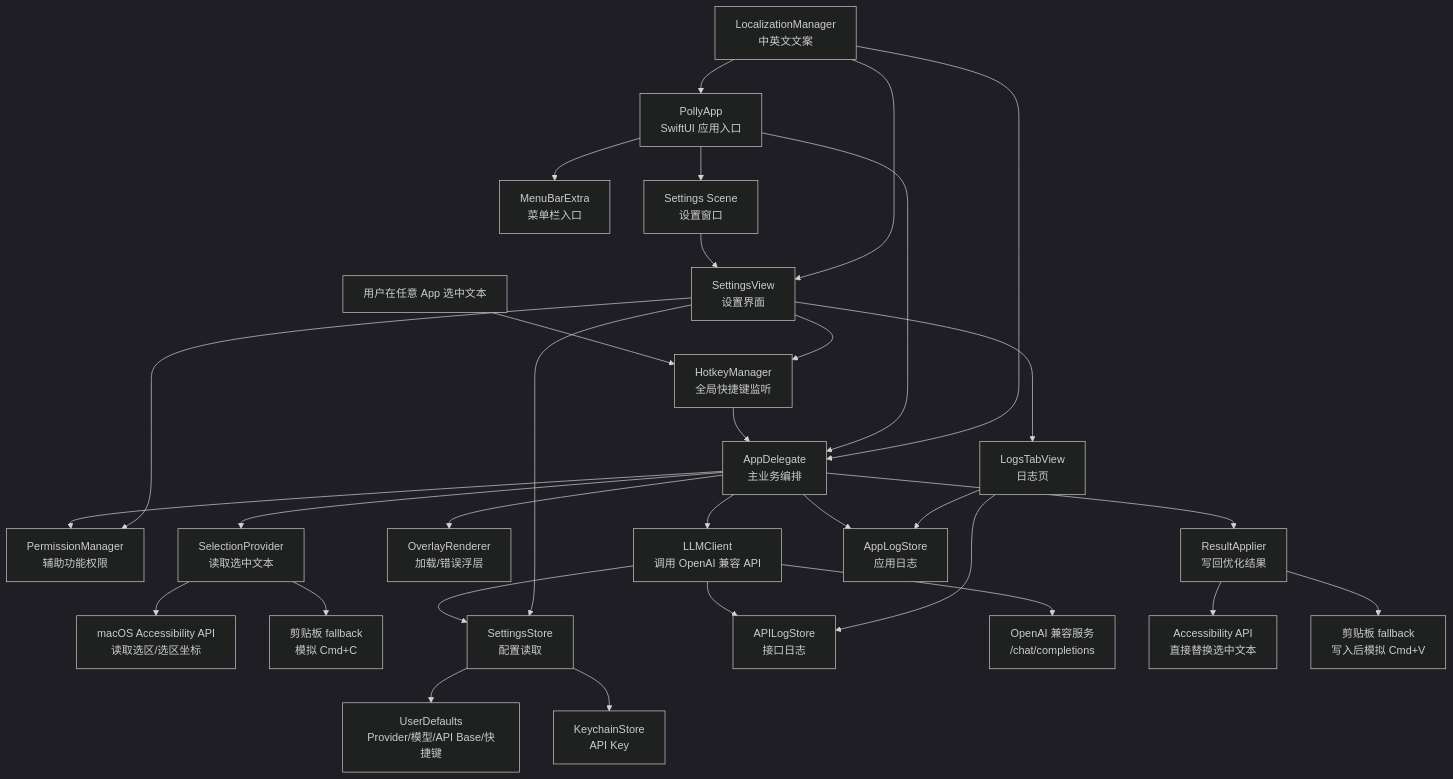
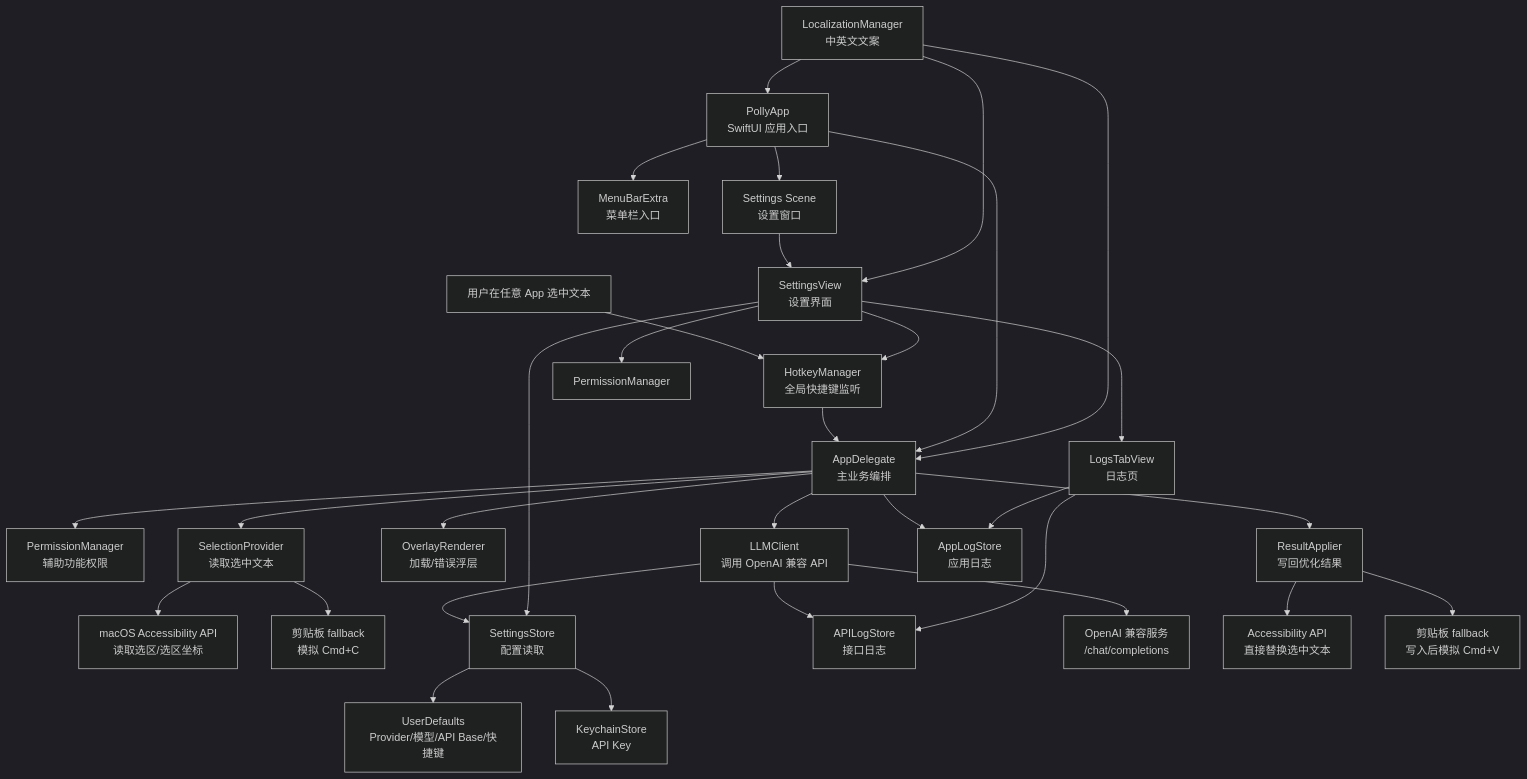
One commit to lnwu/ai-language-support changed the first of 2 diagrams in ARCHITECTURE.md. Above: the diagram before and after it, drawn with Mermaid (dark theme). The commit also changed 2 other files, not shown here.

Commit message:
[main]: update AGENTS.md and ARCHITECTURE.md references; enhance CLAUDE.md with architecture link

````diff
--- a/ARCHITECTURE.md
+++ b/ARCHITECTURE.md
@@ -3,40 +3,40 @@
 ```mermaid
 flowchart TD
     User[用户在任意 App 选中文本] --> Hotkey[HotkeyManager\n全局快捷键监听]
     Hotkey --> Delegate[AppDelegate\n主业务编排]
 
     Delegate --> Permission[PermissionManager\n辅助功能权限]
     Delegate --> Selection[SelectionProvider\n读取选中文本]
     Delegate --> Overlay[OverlayRenderer\n加载/错误浮层]
     Delegate --> LLM[LLMClient\n调用 OpenAI 兼容 API]
     Delegate --> Applier[ResultApplier\n写回优化结果]
     Delegate --> AppLogs[AppLogStore\n应用日志]
 
     Selection --> AXRead[macOS Accessibility API\n读取选区/选区坐标]
     Selection --> CopyFallback[剪贴板 fallback\n模拟 Cmd+C]
 
     LLM --> Settings[SettingsStore\n配置读取]
     Settings --> Defaults[UserDefaults\nProvider/模型/API Base/快捷键]
     Settings --> Keychain[KeychainStore\nAPI Key]
     LLM --> APILog[APILogStore\n接口日志]
     LLM --> API[OpenAI 兼容服务\n/chat/completions]
 
     Applier --> AXWrite[Accessibility API\n直接替换选中文本]
     Applier --> PasteFallback[剪贴板 fallback\n写入后模拟 Cmd+V]
 
     PollyApp[PollyApp\nSwiftUI 应用入口] --> Menu[MenuBarExtra\n菜单栏入口]
     PollyApp --> SettingsScene[Settings Scene\n设置窗口]
     PollyApp --> Delegate
 
     SettingsScene --> SettingsView[SettingsView\n设置界面]
     SettingsView --> Settings
-    SettingsView --> Permission
+    SettingsView --> PermissionManager
     SettingsView --> Hotkey
     SettingsView --> LogsTab[LogsTabView\n日志页]
     LogsTab --> AppLogs
     LogsTab --> APILog
 
     Localization[LocalizationManager\n中英文文案] --> PollyApp
     Localization --> SettingsView
     Localization --> Delegate
 ```
````
